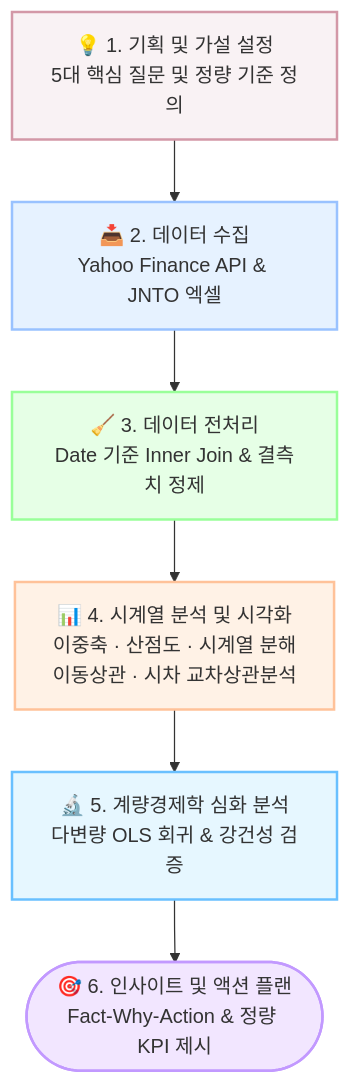
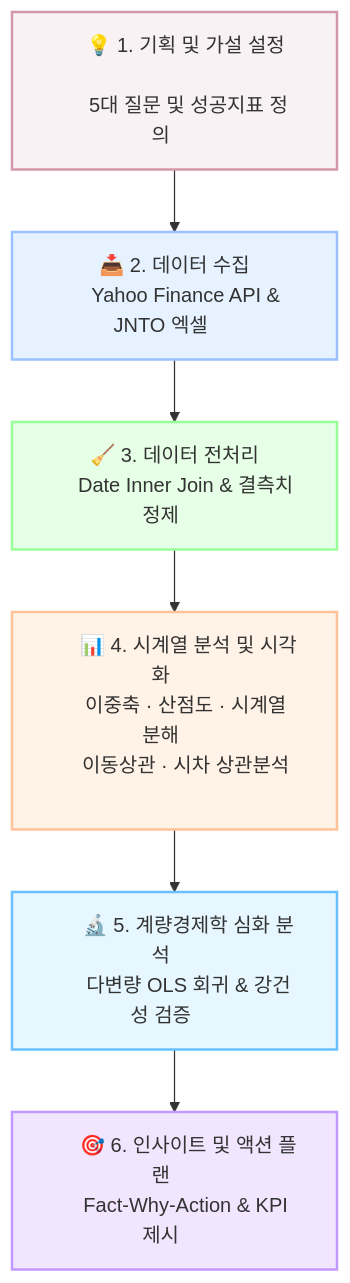
The diagram in REPORT.md (mustiolla/japan-travel-analysis), drawn with Mermaid before and after one commit. The commit also changed 1 other file, not shown here.

Commit message:
fix: Mermaid 한글 폭 계산 버그 해결을 위한 좌우 여백(nbsp) 패딩 추가

````diff
--- a/REPORT.md
+++ b/REPORT.md
@@ -13,15 +13,15 @@
 ```mermaid
 flowchart TD
-    A["💡 1. 기획 및 가설 설정<br>5대 핵심 질문 및 정량 기준 정의"] --> B["📥 2. 데이터 수집<br>Yahoo Finance API & JNTO 엑셀"]
-    B --> C["🧹 3. 데이터 전처리<br>Date 기준 Inner Join & 결측치 정제"]
-    C --> D["📊 4. 시계열 분석 및 시각화<br>이중축 · 산점도 · 시계열 분해<br>이동상관 · 시차 교차상관분석"]
-    D --> E["🔬 5. 계량경제학 심화 분석<br>다변량 OLS 회귀 & 강건성 검증"]
-    E --> F(["🎯 6. 인사이트 및 액션 플랜<br>Fact-Why-Action & 정량 KPI 제시"])
+    A["&nbsp;&nbsp;&nbsp;&nbsp; 💡 1. 기획 및 가설 설정 &nbsp;&nbsp;&nbsp;&nbsp;<br>&nbsp;&nbsp;&nbsp;&nbsp; 5대 질문 및 성공지표 정의 &nbsp;&nbsp;&nbsp;&nbsp;"] --> B["&nbsp;&nbsp;&nbsp;&nbsp; 📥 2. 데이터 수집 &nbsp;&nbsp;&nbsp;&nbsp;<br>&nbsp;&nbsp;&nbsp;&nbsp; Yahoo Finance API & JNTO 엑셀 &nbsp;&nbsp;&nbsp;&nbsp;"]
+    B --> C["&nbsp;&nbsp;&nbsp;&nbsp; 🧹 3. 데이터 전처리 &nbsp;&nbsp;&nbsp;&nbsp;<br>&nbsp;&nbsp;&nbsp;&nbsp; Date Inner Join & 결측치 정제 &nbsp;&nbsp;&nbsp;&nbsp;"]
+    C --> D["&nbsp;&nbsp;&nbsp;&nbsp; 📊 4. 시계열 분석 및 시각화 &nbsp;&nbsp;&nbsp;&nbsp;<br>&nbsp;&nbsp;&nbsp;&nbsp; 이중축 · 산점도 · 시계열 분해 &nbsp;&nbsp;&nbsp;&nbsp;<br>&nbsp;&nbsp;&nbsp;&nbsp; 이동상관 · 시차 상관분석 &nbsp;&nbsp;&nbsp;&nbsp;"]
+    D --> E["&nbsp;&nbsp;&nbsp;&nbsp; 🔬 5. 계량경제학 심화 분석 &nbsp;&nbsp;&nbsp;&nbsp;<br>&nbsp;&nbsp;&nbsp;&nbsp; 다변량 OLS 회귀 & 강건성 검증 &nbsp;&nbsp;&nbsp;&nbsp;"]
+    E --> F["&nbsp;&nbsp;&nbsp;&nbsp; 🎯 6. 인사이트 및 액션 플랜 &nbsp;&nbsp;&nbsp;&nbsp;<br>&nbsp;&nbsp;&nbsp;&nbsp; Fact-Why-Action & KPI 제시 &nbsp;&nbsp;&nbsp;&nbsp;"]
 
     style A fill:#f9f2f4,stroke:#d398a7,stroke-width:2px
     style B fill:#e6f2ff,stroke:#99c2ff,stroke-width:2px
     style C fill:#e6ffe6,stroke:#99ff99,stroke-width:2px
     style D fill:#fff2e6,stroke:#ffc299,stroke-width:2px
     style E fill:#e6f7ff,stroke:#69c0ff,stroke-width:2px
     style F fill:#f2e6ff,stroke:#c299ff,stroke-width:2px
 ```
````
